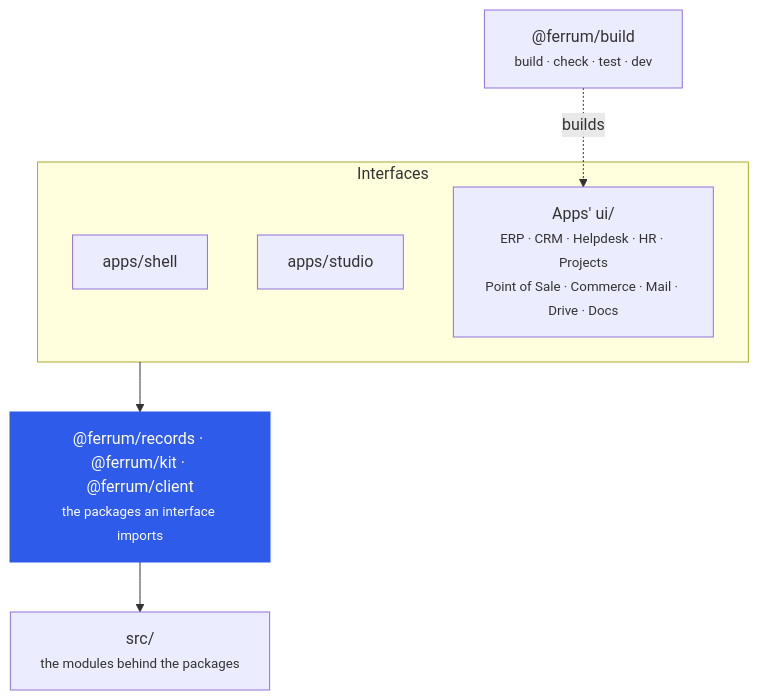
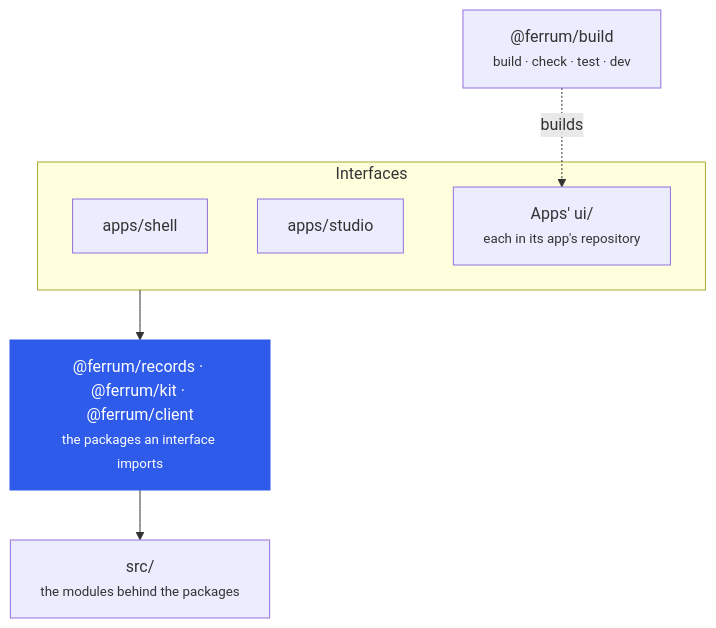
The second of 2 diagrams in README.md (CBFerrum/Ferrum-Frontend), drawn with Mermaid before and after one commit. The commit also changed other lines of this file and 6 other files, not shown here.

````diff
--- a/README.md
+++ b/README.md
@@ -165,15 +167,15 @@
 ```mermaid
 flowchart TB
     BUILD["@ferrum/build<br/><small>build · check · test · dev</small>"]
     subgraph IF["Interfaces"]
         SHELL["apps/shell"]
         STUDIO["apps/studio"]
-        APPS["Apps' ui/<br/><small>ERP · CRM · Helpdesk · HR · Projects<br/>Point of Sale · Commerce · Mail · Drive · Docs</small>"]
+        APPS["Apps' ui/<br/><small>each in its app's repository</small>"]
     end
     PK["@ferrum/records · @ferrum/kit · @ferrum/client<br/><small>the packages an interface imports</small>"]
     SRC["src/<br/><small>the modules behind the packages</small>"]
     BUILD -.->|builds| APPS
     IF --> PK --> SRC
     classDef pkg fill:#2f5bea,color:#fff,stroke:#2f5bea
     class PK pkg
 ```
````
